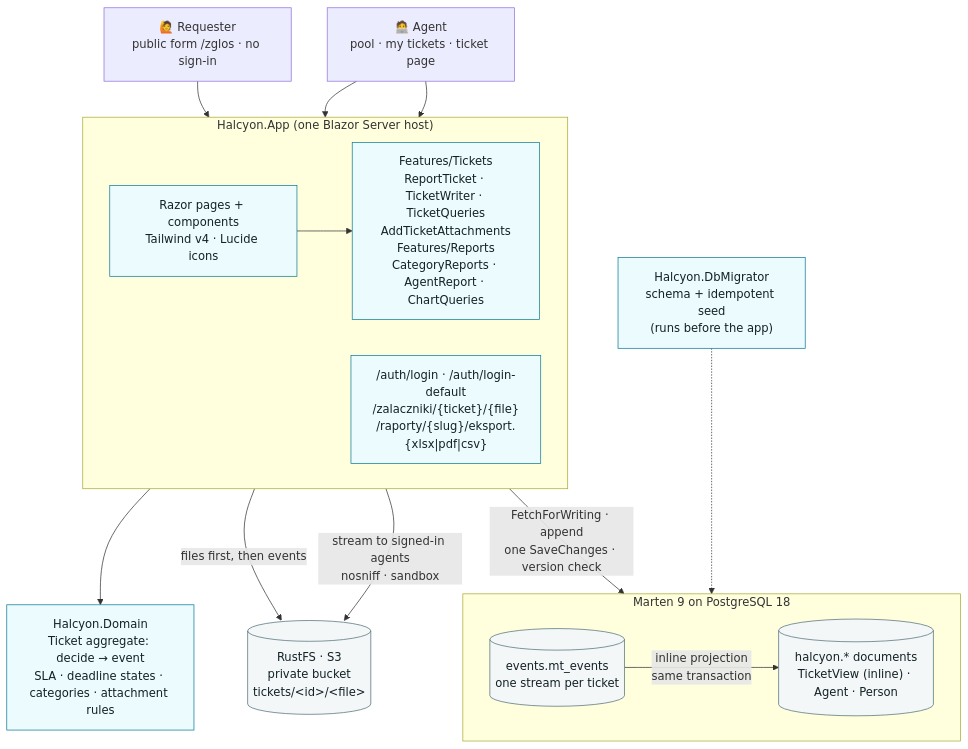
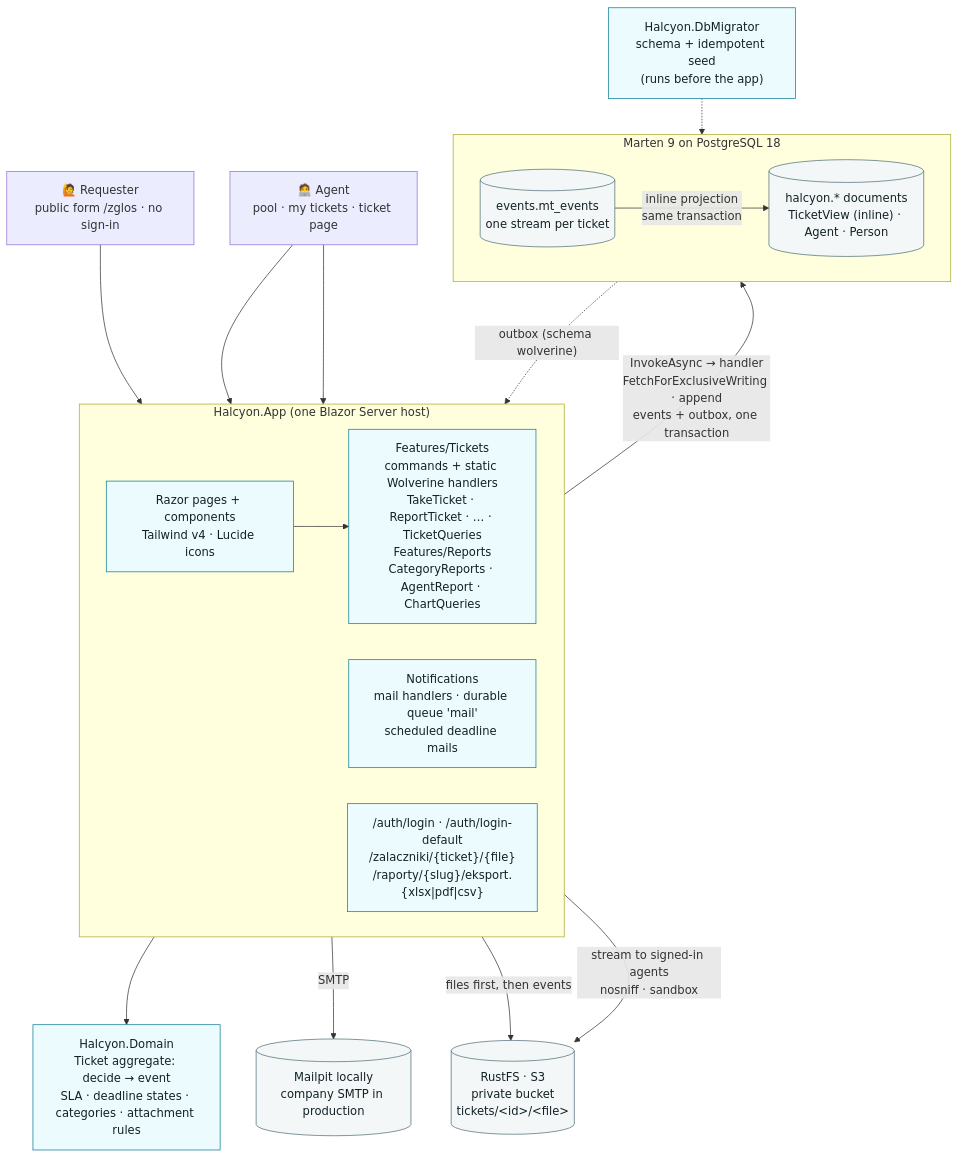
One commit to kldev/marten.task.event.store changed the first of 7 diagrams in README.md. Above: the diagram before and after it, drawn with Mermaid. The commit also changed other lines of this file and 7 other files, not shown here.

First line of the commit message:
docs: spec 013 (e-mail notifications) and ADR-0016 (Wolverine handlers and the outbox)

````diff
--- a/README.md
+++ b/README.md
@@ -99,38 +104,41 @@
 ```mermaid
 flowchart TB
     requester["🙋 Requester<br/>public form /zglos · no sign-in"]
     agent["🧑‍💻 Agent<br/>pool · my tickets · ticket page"]
 
     subgraph host["Halcyon.App (one Blazor Server host)"]
         direction LR
         pages["Razor pages + components<br/>Tailwind v4 · Lucide icons"]
-        features["Features/Tickets<br/>ReportTicket · TicketWriter · TicketQueries<br/>AddTicketAttachments<br/>Features/Reports<br/>CategoryReports · AgentReport · ChartQueries"]
+        features["Features/Tickets<br/>commands + static Wolverine handlers<br/>TakeTicket · ReportTicket · … · TicketQueries<br/>Features/Reports<br/>CategoryReports · AgentReport · ChartQueries"]
+        mail["Notifications<br/>mail handlers · durable queue 'mail'<br/>scheduled deadline mails"]
         endpoints["/auth/login · /auth/login-default<br/>/zalaczniki/{ticket}/{file}<br/>/raporty/{slug}/eksport.{xlsx|pdf|csv}"]
     end
 
     domain["Halcyon.Domain<br/>Ticket aggregate: decide → event<br/>SLA · deadline states · categories · attachment rules"]
 
     subgraph marten["Marten 9 on PostgreSQL 18"]
         direction LR
         events[("events.mt_events<br/>one stream per ticket")]
         docs[("halcyon.* documents<br/>TicketView (inline) · Agent · Person")]
     end
 
     s3[("RustFS · S3<br/>private bucket<br/>tickets/&lt;id&gt;/&lt;file&gt;")]
     migrator["Halcyon.DbMigrator<br/>schema + idempotent seed<br/>(runs before the app)"]
 
     requester & agent --> pages
     pages --> features
     agent --> endpoints
     features --> domain
-    features -- "FetchForWriting · append<br/>one SaveChanges · version check" --> events
+    features -- "InvokeAsync → handler<br/>FetchForExclusiveWriting · append<br/>events + outbox, one transaction" --> events
+    events -. "outbox (schema wolverine)" .-> mail
+    mail -- "SMTP" --> smtp[("Mailpit locally<br/>company SMTP in production")]
     events -- "inline projection<br/>same transaction" --> docs
     features -- "files first, then events" --> s3
     endpoints -- "stream to signed-in agents<br/>nosniff · sandbox" --> s3
     migrator -.-> docs
 
     classDef proc fill:#ecfbfd,stroke:#0b7a95,color:#132226
     classDef store fill:#f4f7f8,stroke:#4f6e77,color:#132226
-    class pages,features,endpoints,domain,migrator proc
-    class events,docs,s3 store
+    class pages,features,endpoints,domain,migrator,mail proc
+    class events,docs,s3,smtp store
 ```
````
